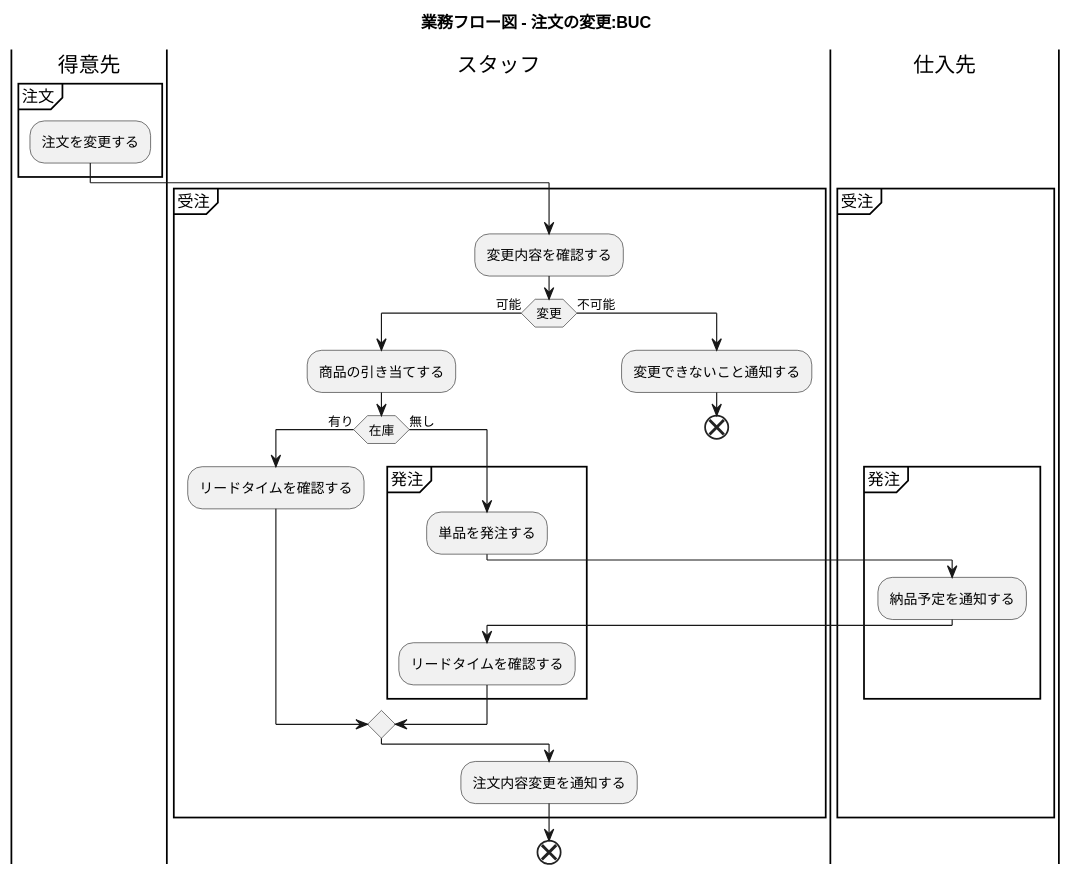
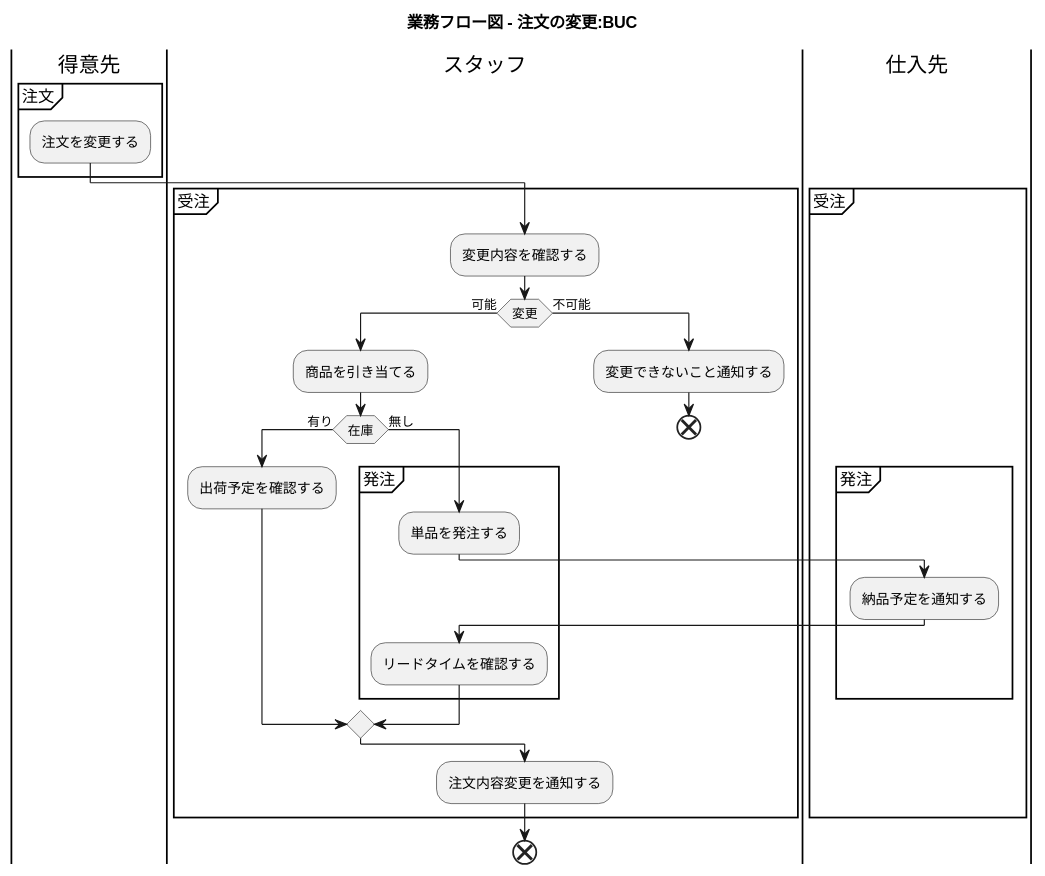
One commit to k2works/application_programing_excercise_2022 changed the ninth of 57 diagrams in docs/index.adoc. Above: the diagram before and after it, drawn with PlantUML. The commit also changed other lines of this file, not shown here.

```diff
--- a/docs/index.adoc
+++ b/docs/index.adoc
@@ -363,37 +363,37 @@
 [plantuml]
 ----
 @startuml
 
 title 業務フロー図 - 注文の変更:BUC
 
 |得意先|
 partition 注文 {
 :注文を変更する;
 }
 partition 受注 {
     |スタッフ|
     :変更内容を確認する;
     if (変更) then (可能)
      |スタッフ|
-     :商品の引き当てする;
+     :商品を引き当てる;
      if (在庫) then (有り)
-      :リードタイムを確認する;
+      :出荷予定を確認する;
      else (無し)
       partition 発注 {
           :単品を発注する;
           |仕入先|
           :納品予定を通知する;
           |スタッフ|
           :リードタイムを確認する;
       }
      endif
     else (不可能)
      :変更できないこと通知する;
      end
     endif
     :注文内容変更を通知する;
 }
 end
 
 @enduml
 ----
```
